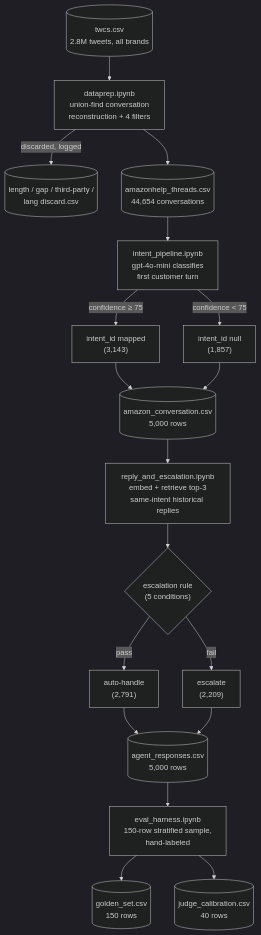
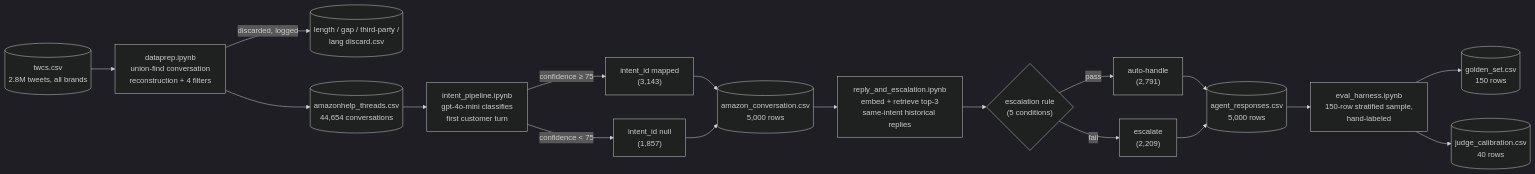
The diagram in ARCHITECTURE.md (yanshuman/amazonhelp-support-agent), drawn with Mermaid (dark theme) before and after one commit. The commit also changed other lines of this file, not shown here.

Commit message:
Switch architecture diagram to left-to-right layout, add Decision Log section

````diff
--- a/ARCHITECTURE.md
+++ b/ARCHITECTURE.md
@@ -47,20 +47,20 @@
 ```mermaid
-flowchart TD
+flowchart LR
     A[("twcs.csv<br/>2.8M tweets, all brands")] --> B["dataprep.ipynb<br/>union-find conversation<br/>reconstruction + 4 filters"]
     B -->|"discarded, logged"| B1[("length / gap / third-party /<br/>lang discard.csv")]
     B --> C[("amazonhelp_threads.csv<br/>44,654 conversations")]
     C --> D["intent_pipeline.ipynb<br/>gpt-4o-mini classifies<br/>first customer turn"]
     D -->|"confidence ≥ 75"| D1["intent_id mapped<br/>(3,143)"]
     D -->|"confidence < 75"| D2["intent_id null<br/>(1,857)"]
     D1 --> E[("amazon_conversation.csv<br/>5,000 rows")]
     D2 --> E
     E --> F["reply_and_escalation.ipynb<br/>embed + retrieve top-3<br/>same-intent historical replies"]
     F --> G{"escalation rule<br/>(5 conditions)"}
     G -->|"pass"| G1["auto-handle<br/>(2,791)"]
     G -->|"fail"| G2["escalate<br/>(2,209)"]
     G1 --> H[("agent_responses.csv<br/>5,000 rows")]
     G2 --> H
     H --> I["eval_harness.ipynb<br/>150-row stratified sample,<br/>hand-labeled"]
     I --> J[("golden_set.csv<br/>150 rows")]
     I --> K[("judge_calibration.csv<br/>40 rows")]
 ```
````
